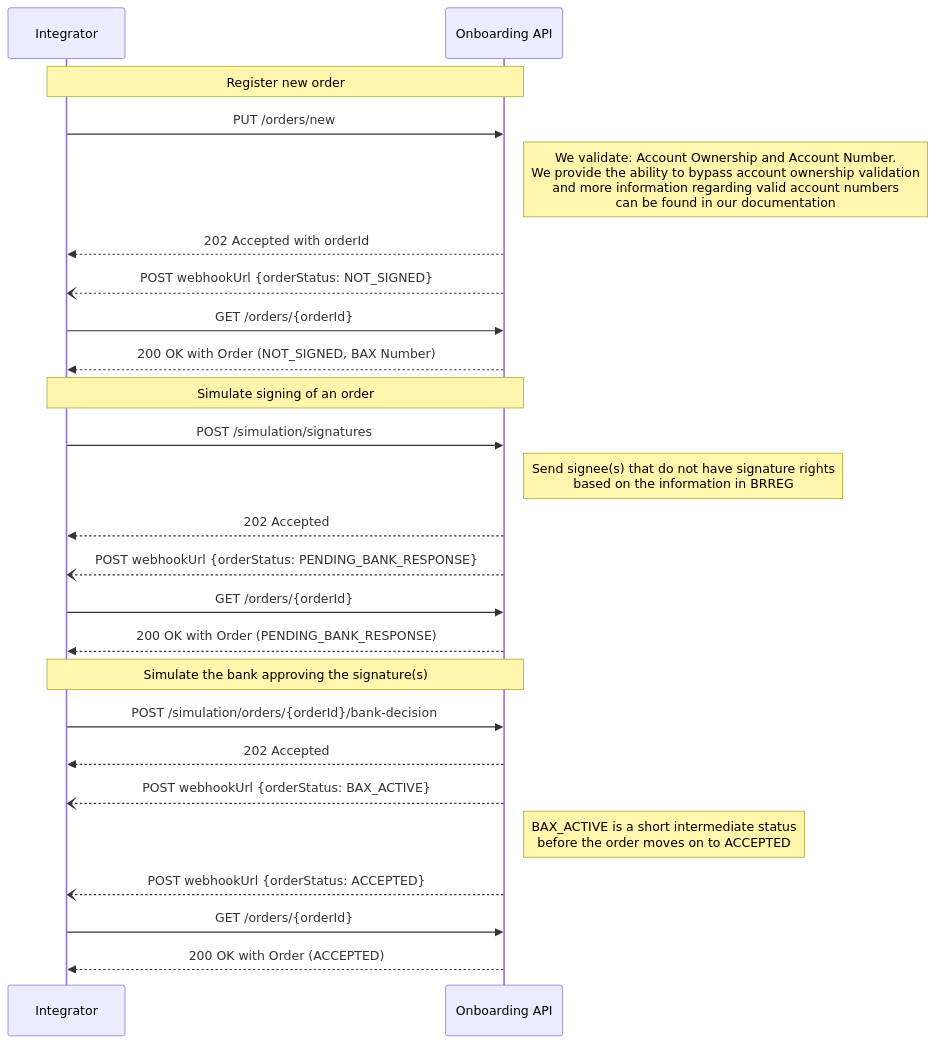
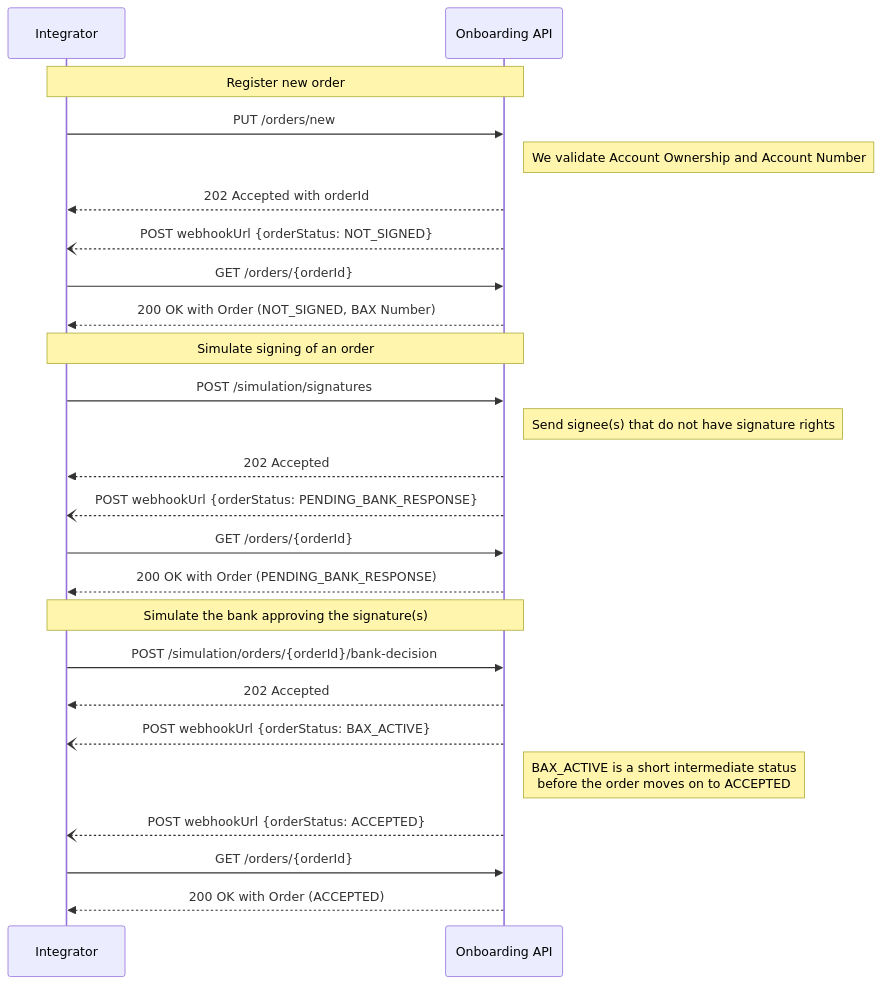
One commit to BankAxept/bankaxept-onboarding-external-documentation changed the second of 3 diagrams in docs/test_flows.md. Above: the diagram before and after it, drawn with Mermaid. The commit also changed other lines of this file, not shown here.

First line of the commit message:
Link test_flows.md to Test Data instead of vague BRREG notes (#56) (#66)

````diff
--- a/docs/test_flows.md
+++ b/docs/test_flows.md
@@ -36,33 +37,33 @@
 ```mermaid
 sequenceDiagram
 participant I as Integrator
 participant O as Onboarding API
 
 note over I, O: Register new order
 I ->> O: PUT /orders/new
-note right of O: We validate: Account Ownership and Account Number. <br/> We provide the ability to bypass account ownership validation <br/> and more information regarding valid account numbers <br/> can be found in our documentation
+note right of O: We validate Account Ownership and Account Number
 O -->> I: 202 Accepted with orderId
 
 O --) I: POST webhookUrl {orderStatus: NOT_SIGNED}
 I ->> O : GET /orders/{orderId}
 O -->> I: 200 OK with Order (NOT_SIGNED, BAX Number)
 
 note over I, O: Simulate signing of an order
 I ->> O: POST /simulation/signatures
-note right of O: Send signee(s) that do not have signature rights <br/> based on the information in BRREG
+note right of O: Send signee(s) that do not have signature rights
 O -->> I: 202 Accepted
 
 O --) I: POST webhookUrl {orderStatus: PENDING_BANK_RESPONSE}
 I ->> O : GET /orders/{orderId}
 O -->> I: 200 OK with Order (PENDING_BANK_RESPONSE)
 
 note over I, O: Simulate the bank approving the signature(s)
 I ->> O: POST /simulation/orders/{orderId}/bank-decision
 O -->> I: 202 Accepted
 
 O --) I: POST webhookUrl {orderStatus: BAX_ACTIVE}
 note right of O: BAX_ACTIVE is a short intermediate status <br/> before the order moves on to ACCEPTED
 O --) I: POST webhookUrl {orderStatus: ACCEPTED}
 I ->> O : GET /orders/{orderId}
 O -->> I: 200 OK with Order (ACCEPTED)
 ```
````
